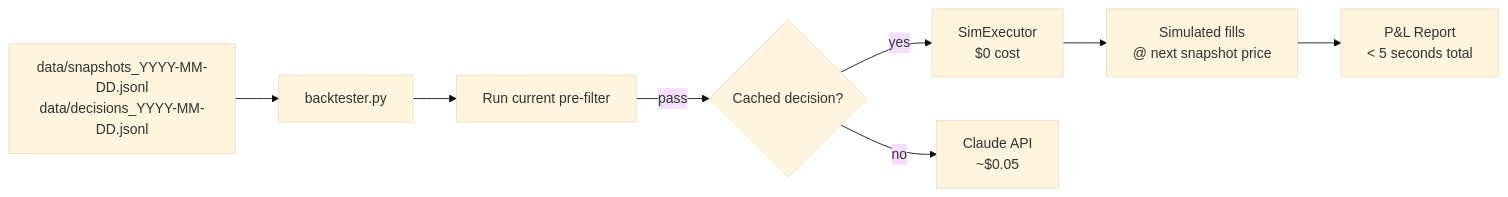
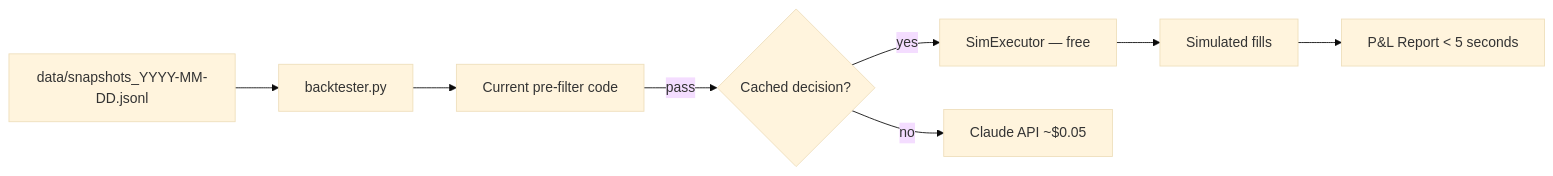
Before and after one commit to fgomecs/mnq-ai-trader: the sixth of 7 diagrams in README.md, drawn with Mermaid (base theme). The commit also changed other lines of this file and 1 other file, not shown here.

````diff
--- a/README.md
+++ b/README.md
@@ -475,10 +637,10 @@
 ```mermaid
 flowchart LR
-    REC[data/snapshots_YYYY-MM-DD.jsonl\ndata/decisions_YYYY-MM-DD.jsonl] --> BT[backtester.py]
-    BT --> PF[Run current pre-filter]
+    REC[data/snapshots_YYYY-MM-DD.jsonl] --> BT[backtester.py]
+    BT --> PF[Current pre-filter code]
     PF -->|pass| LOOKUP{Cached decision?}
-    LOOKUP -->|yes| SIM[SimExecutor\n$0 cost]
-    LOOKUP -->|no| CLAUDE[Claude API\n~$0.05]
-    SIM --> FILLS[Simulated fills\n@ next snapshot price]
-    FILLS --> REPORT[P&L Report\n< 5 seconds total]
+    LOOKUP -->|yes| SIM[SimExecutor — free]
+    LOOKUP -->|no| CLAUDE[Claude API ~$0.05]
+    SIM --> FILLS[Simulated fills]
+    FILLS --> REPORT[P&L Report < 5 seconds]
 ```
````
